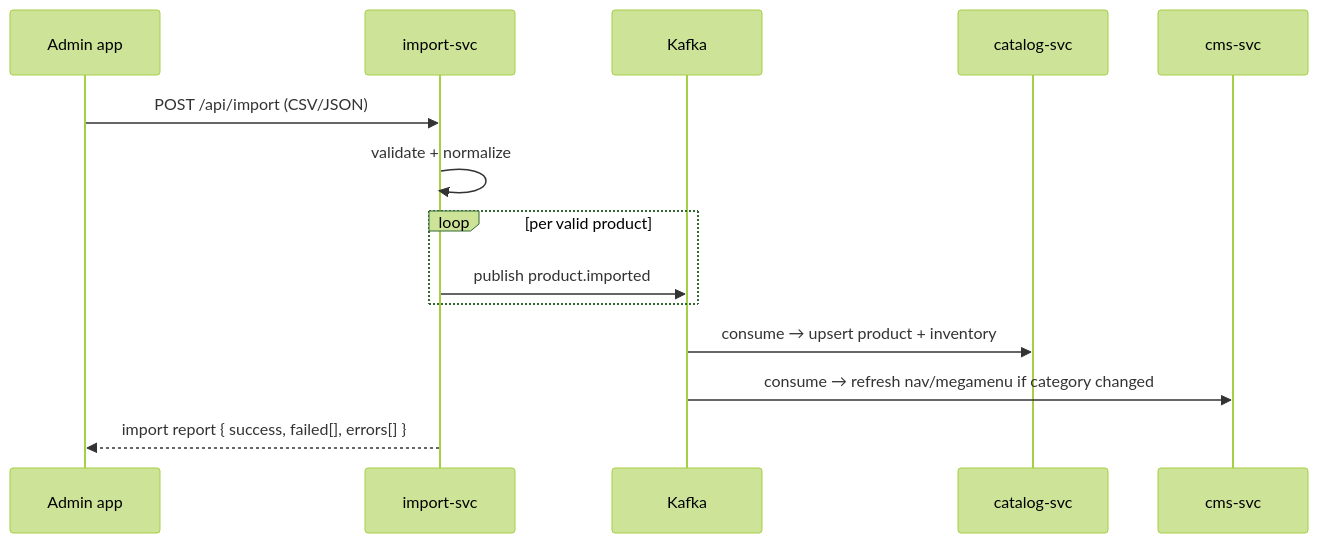
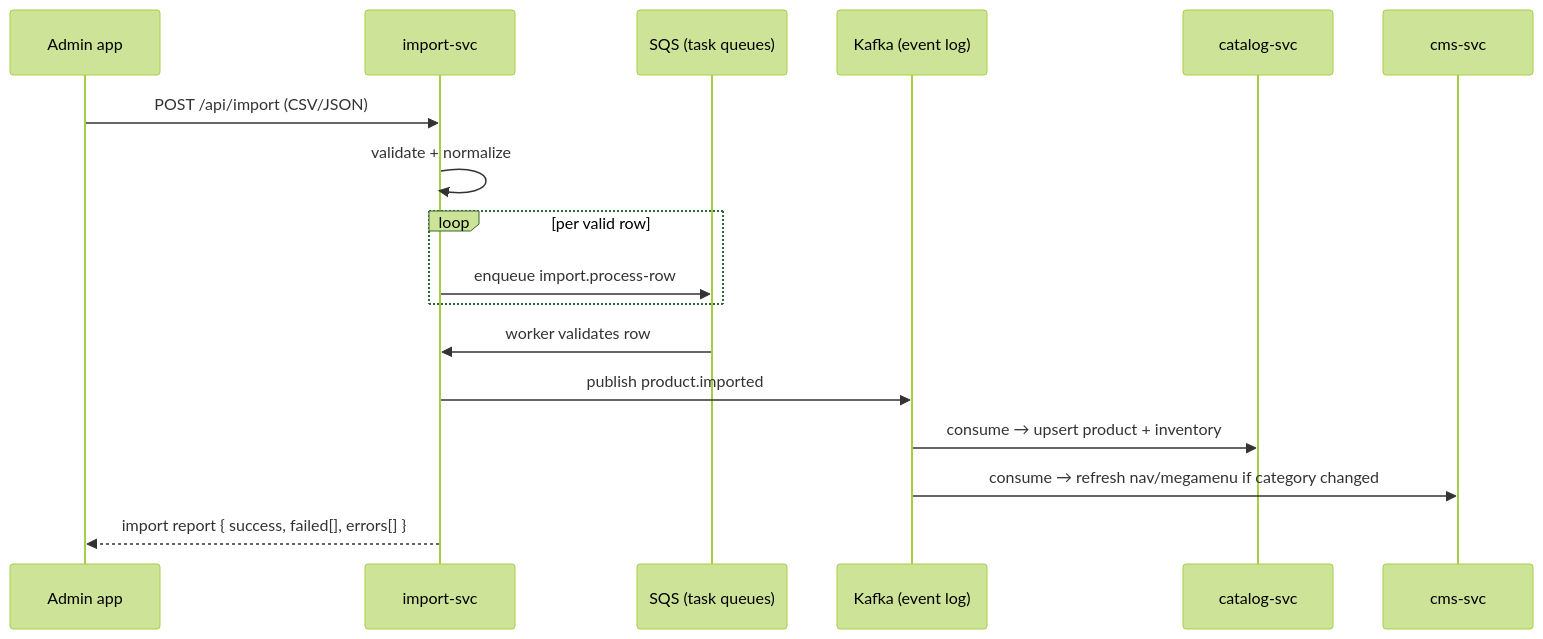
The eighth of 9 diagrams in 1.Architecture.md (E-Commerce-BDA/Documentation), drawn with Mermaid (forest theme) before and after one commit. The commit also changed other lines of this file and 12 other files, not shown here.

````diff
--- a/1.Architecture.md
+++ b/1.Architecture.md
@@ -695,17 +706,20 @@
 ```mermaid
 sequenceDiagram
     participant AD as Admin app
     participant IM as import-svc
-    participant K as Kafka
+    participant Q as SQS (task queues)
+    participant K as Kafka (event log)
     participant CA as catalog-svc
     participant CM as cms-svc
 
     AD->>IM: POST /api/import (CSV/JSON)
     IM->>IM: validate + normalize
-    loop per valid product
-        IM->>K: publish product.imported
+    loop per valid row
+        IM->>Q: enqueue import.process-row
     end
+    Q->>IM: worker validates row
+    IM->>K: publish product.imported
     K->>CA: consume → upsert product + inventory
     K->>CM: consume → refresh nav/megamenu if category changed
     IM-->>AD: import report { success, failed[], errors[] }
 ```
````
